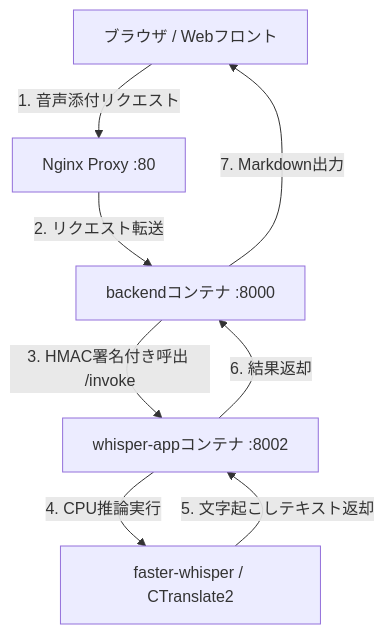
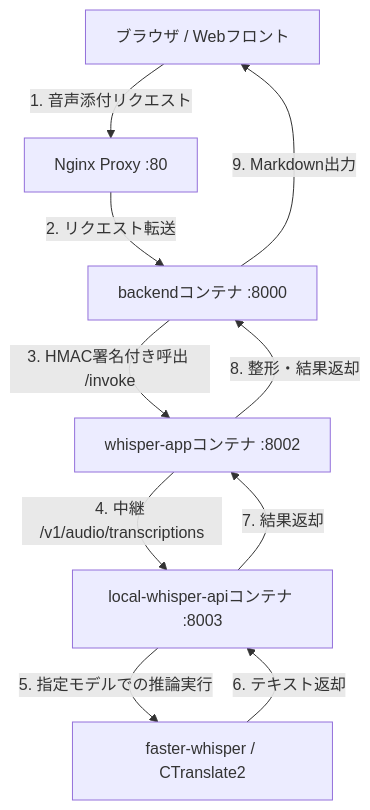
One commit to chottokun/open-genai changed the diagram in docs/whisper-app-guide.md. Above: the diagram before and after it, drawn with Mermaid. The commit also changed other lines of this file, not shown here.

Commit message:
docs: update docs/whisper-app-guide.md to reflect new local-whisper-api architecture

````diff
--- a/docs/whisper-app-guide.md
+++ b/docs/whisper-app-guide.md
@@ -23,10 +28,12 @@
 ```mermaid
 flowchart TD
     Browser[ブラウザ / Webフロント] -->|1. 音声添付リクエスト| Proxy[Nginx Proxy :80]
     Proxy -->|2. リクエスト転送| Backend[backendコンテナ :8000]
     Backend -->|3. HMAC署名付き呼出 /invoke| WhisperApp[whisper-appコンテナ :8002]
-    WhisperApp -->|4. CPU推論実行| WhisperModel[faster-whisper / CTranslate2]
-    WhisperModel -->|5. 文字起こしテキスト返却| WhisperApp
-    WhisperApp -->|6. 結果返却| Backend
-    Backend -->|7. Markdown出力| Browser
+    WhisperApp -->|4. 中継 /v1/audio/transcriptions| LocalAPI[local-whisper-apiコンテナ :8003]
+    LocalAPI -->|5. 指定モデルでの推論実行| WhisperModel[faster-whisper / CTranslate2]
+    WhisperModel -->|6. テキスト返却| LocalAPI
+    LocalAPI -->|7. 結果返却| WhisperApp
+    WhisperApp -->|8. 整形・結果返却| Backend
+    Backend -->|9. Markdown出力| Browser
 ```
````
